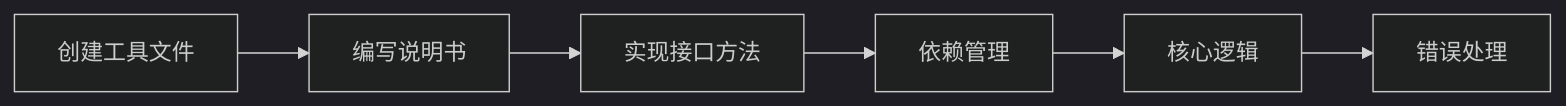
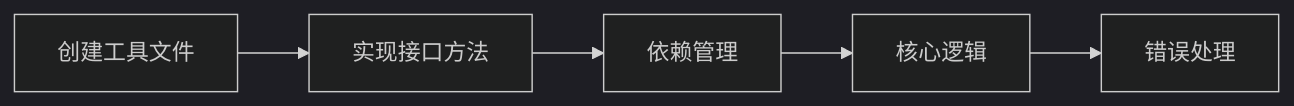
Before and after one commit to Deepractice/PromptX: the fourth of 7 diagrams in packages/resource/resources/role/luban/execution/tool-development-workflow.execution.md, drawn with Mermaid (dark theme). The commit also changed other lines of this file and 4 other files, not shown here.

````diff
--- a/packages/resource/resources/role/luban/execution/tool-development-workflow.execution.md
+++ b/packages/resource/resources/role/luban/execution/tool-development-workflow.execution.md
@@ -243,8 +227,7 @@
 ```mermaid
 flowchart LR
-    A[创建工具文件] --> B[编写说明书]
-    B --> C[实现接口方法]
-    C --> D[依赖管理]
-    D --> E[核心逻辑]
-    E --> F[错误处理]
+    A[创建工具文件] --> B[实现接口方法]
+    B --> C[依赖管理]
+    C --> D[核心逻辑]
+    D --> E[错误处理]
 ```
````
